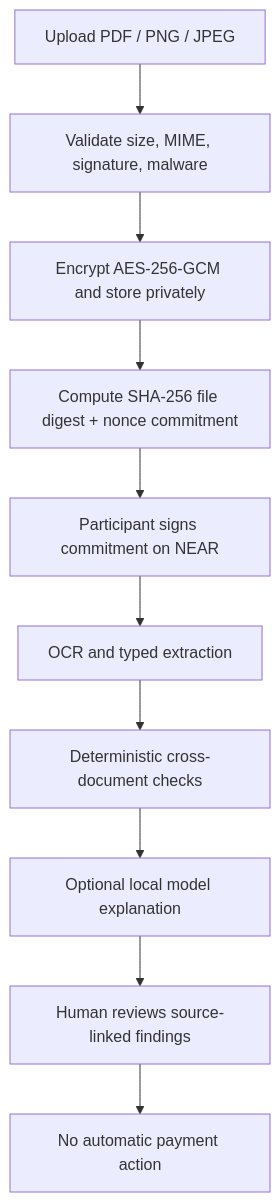
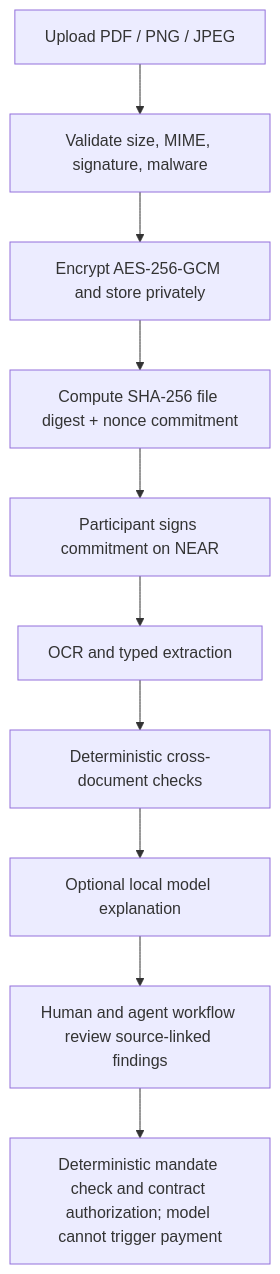
One commit to Gidy515/Riventa-finance- changed the diagram in docs/diagrams/document-verification.mmd. Above: the diagram before and after it, drawn with Mermaid. The commit also changed 24 other files, not shown here.

Commit message:
docs: reconcile architecture and implementation baseline

```diff
--- a/docs/diagrams/document-verification.mmd
+++ b/docs/diagrams/document-verification.mmd
@@ -1,10 +1,10 @@
 flowchart TD
  A[Upload PDF / PNG / JPEG] --> B[Validate size, MIME, signature, malware]
  B --> C[Encrypt AES-256-GCM and store privately]
  C --> D[Compute SHA-256 file digest + nonce commitment]
  D --> E[Participant signs commitment on NEAR]
  E --> F[OCR and typed extraction]
  F --> G[Deterministic cross-document checks]
  G --> H[Optional local model explanation]
- H --> I[Human reviews source-linked findings]
- I --> J[No automatic payment action]
+ H --> I[Human and agent workflow review source-linked findings]
+ I --> J[Deterministic mandate check and contract authorization; model cannot trigger payment]
```
